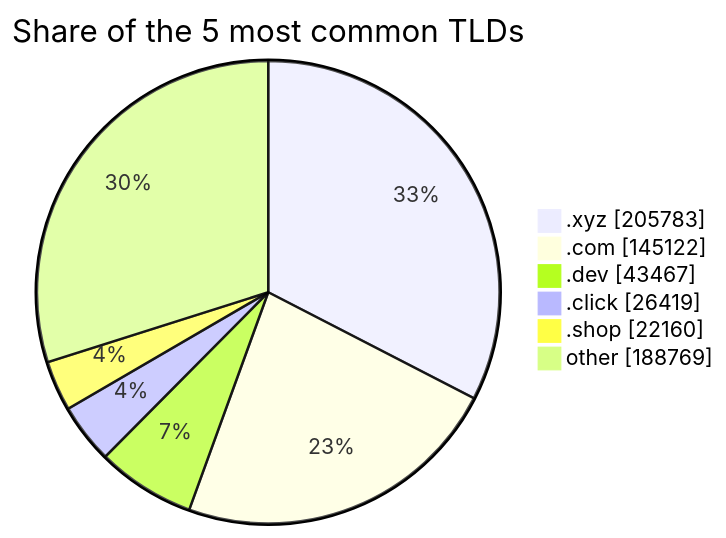
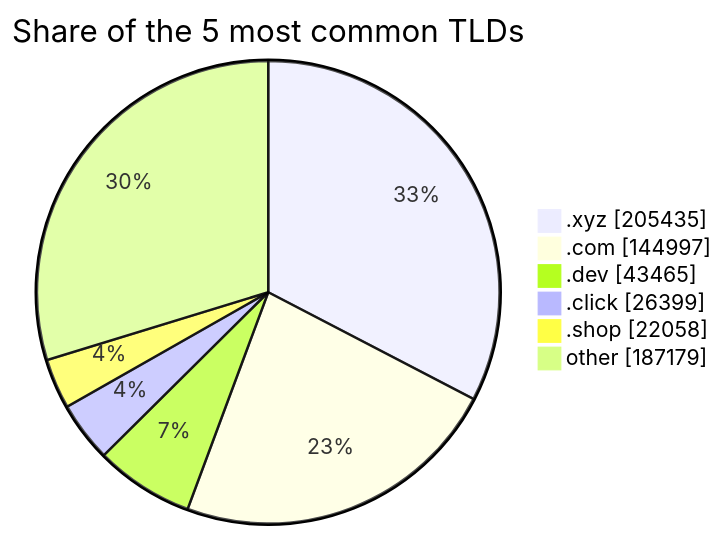
One commit to DNSBunker/CTI changed the third of 3 diagrams in README.md. Above: the diagram before and after it, drawn with Mermaid. The commit also changed other lines of this file and 3 other files, not shown here.

````diff
--- a/README.md
+++ b/README.md
@@ -81,9 +81,9 @@
 ```mermaid
 pie showData title Share of the 5 most common TLDs
-    ".xyz" : 205783
-    ".com" : 145122
-    ".dev" : 43467
-    ".click" : 26419
-    ".shop" : 22160
-    "other" : 188769
+    ".xyz" : 205435
+    ".com" : 144997
+    ".dev" : 43465
+    ".click" : 26399
+    ".shop" : 22058
+    "other" : 187179
 ```
````
